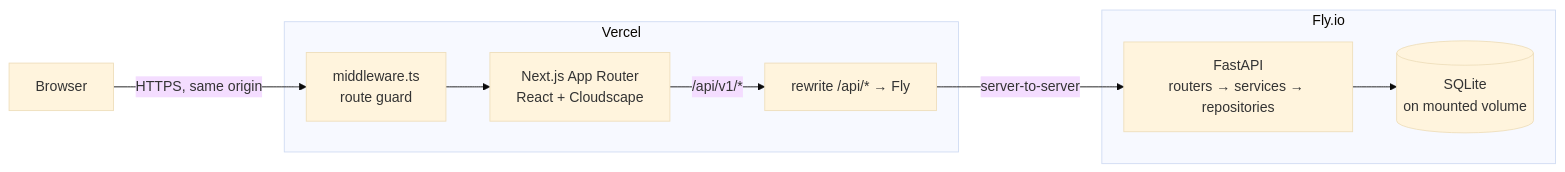
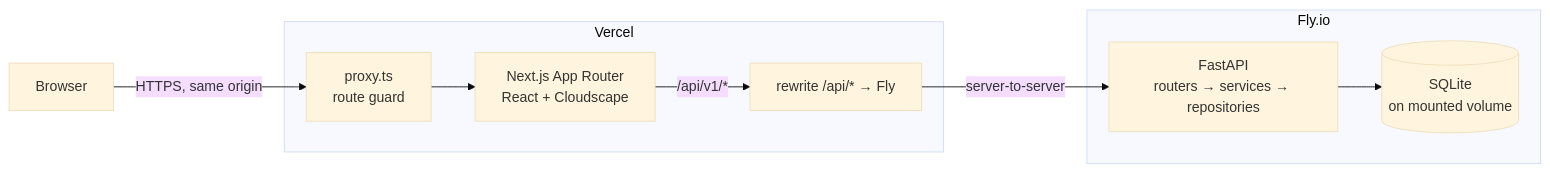
One commit to atr0-0/route53-clone changed the first of 3 diagrams in docs/04-architecture.md. Above: the diagram before and after it, drawn with Mermaid (base theme). The commit also changed other lines of this file and 51 other files, not shown here.

````diff
--- a/docs/04-architecture.md
+++ b/docs/04-architecture.md
@@ -13,21 +13,21 @@
 ```mermaid
 flowchart LR
     U[Browser]
 
     subgraph V["Vercel"]
-        MW["middleware.ts<br/>route guard"]
+        MW["proxy.ts<br/>route guard"]
         APP["Next.js App Router<br/>React + Cloudscape"]
         RW["rewrite /api/* → Fly"]
     end
 
     subgraph F["Fly.io"]
         API["FastAPI<br/>routers → services → repositories"]
         DB[("SQLite<br/>on mounted volume")]
     end
 
     U -->|"HTTPS, same origin"| MW
     MW --> APP
     APP -->|"/api/v1/*"| RW
     RW -->|"server-to-server"| API
     API --> DB
 ```
````
